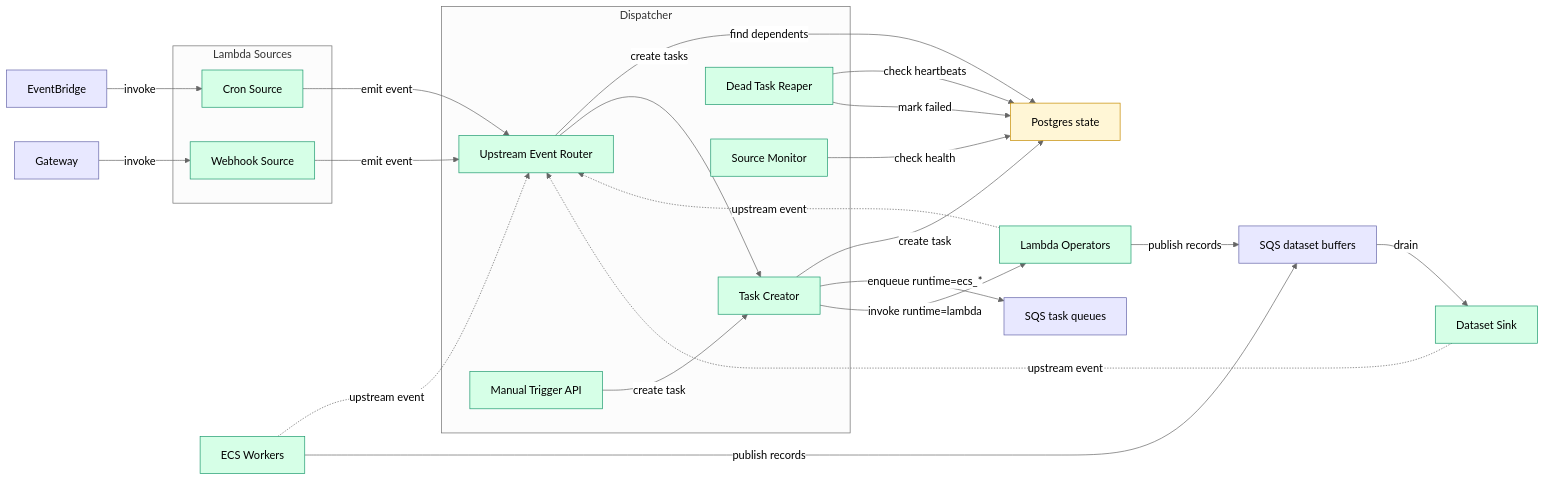
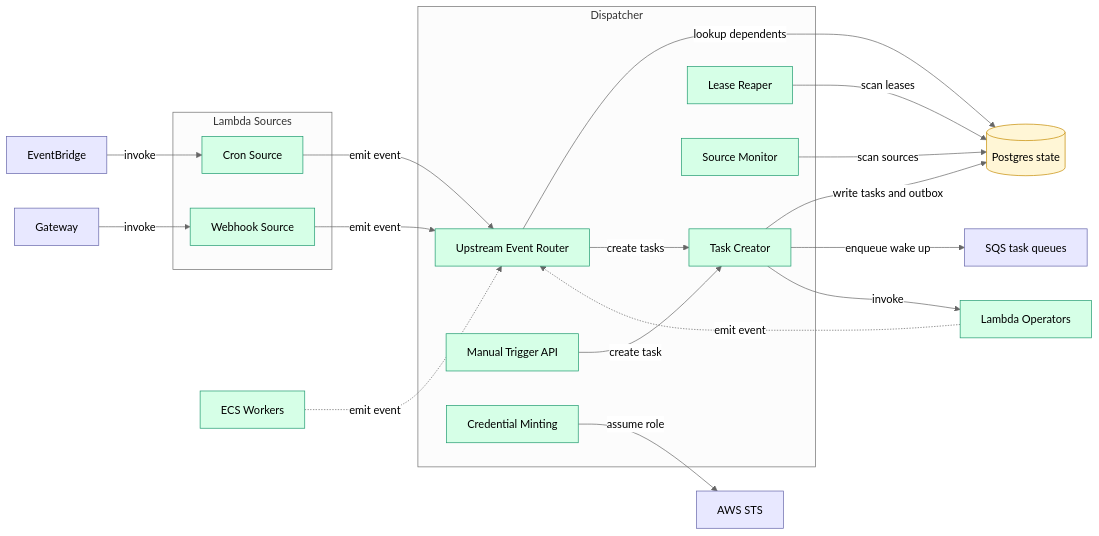
One commit to c7121/trace changed the diagram in docs/architecture/containers/dispatcher.md. Above: the diagram before and after it, drawn with Mermaid (neutral theme). The commit also changed other lines of this file and 5 other files, not shown here.

````diff
--- a/docs/architecture/containers/dispatcher.md
+++ b/docs/architecture/containers/dispatcher.md
@@ -111,52 +110,49 @@
 ```mermaid
 flowchart LR
     subgraph Sources["Lambda Sources"]
         cronSrc["Cron Source"]:::component
         webhookSrc["Webhook Source"]:::component
     end
 
     subgraph Dispatch["Dispatcher"]
+        eventRouter["Upstream Event Router"]:::component
         taskCreate["Task Creator"]:::component
-        eventRouter["Upstream Event Router"]:::component
-        reaper["Dead Task Reaper"]:::component
+        reaper["Lease Reaper"]:::component
         sourceMon["Source Monitor"]:::component
         manualApi["Manual Trigger API"]:::component
+        credMint["Credential Minting"]:::component
     end
 
     eventbridge["EventBridge"]:::infra
     gateway["Gateway"]:::infra
-    task_sqs["SQS task queues"]:::infra
-    buffers["SQS dataset buffers"]:::infra
-    postgres_state["Postgres state"]:::database
-    workers["ECS Workers"]:::component
+    taskQ["SQS task queues"]:::infra
+    pg[(Postgres state)]:::database
+    ecsWorkers["ECS Workers"]:::component
     lambdaOps["Lambda Operators"]:::component
-    sinks["Dataset Sink"]:::component
+    sts["AWS STS"]:::infra
 
     eventbridge -->|invoke| cronSrc
     gateway -->|invoke| webhookSrc
 
     cronSrc -->|emit event| eventRouter
     webhookSrc -->|emit event| eventRouter
     manualApi -->|create task| taskCreate
 
-    workers -.->|upstream event| eventRouter
-    lambdaOps -.->|upstream event| eventRouter
-    eventRouter -->|find dependents| postgres_state
+    ecsWorkers -.->|emit event| eventRouter
+    lambdaOps -.->|emit event| eventRouter
+
+    eventRouter -->|lookup dependents| pg
     eventRouter -->|create tasks| taskCreate
 
-    taskCreate -->|create task| postgres_state
-    taskCreate -->|enqueue runtime=ecs_*| task_sqs
-    taskCreate -->|invoke runtime=lambda| lambdaOps
-    reaper -->|check heartbeats| postgres_state
-    reaper -->|mark failed| postgres_state
-    sourceMon -->|check health| postgres_state
+    taskCreate -->|write tasks and outbox| pg
+    taskCreate -->|enqueue wake up| taskQ
+    taskCreate -->|invoke| lambdaOps
 
-    workers -->|publish records| buffers
-    lambdaOps -->|publish records| buffers
-    buffers -->|drain| sinks
-    sinks -.->|upstream event| eventRouter
+    reaper -->|scan leases| pg
+    sourceMon -->|scan sources| pg
+    credMint -->|assume role| sts
 
     classDef component fill:#d6ffe7,stroke:#1f9a6f,color:#000;
     classDef infra fill:#e8e8ff,stroke:#6666aa,color:#000;
     classDef database fill:#fff6d6,stroke:#c58b00,color:#000;
 ```
````
